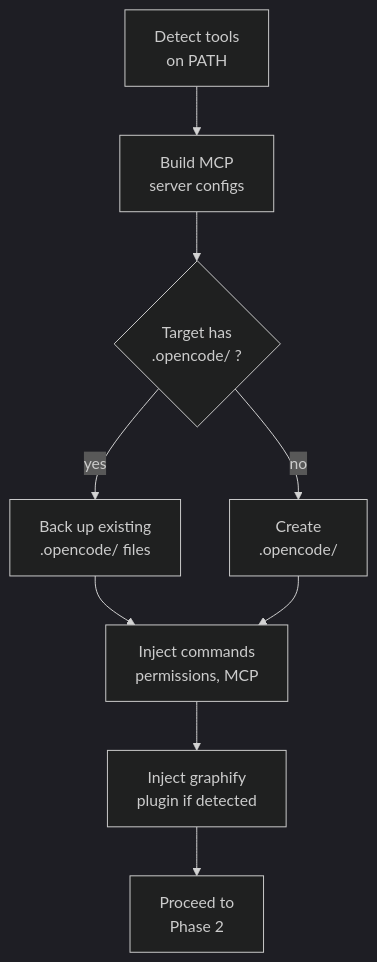
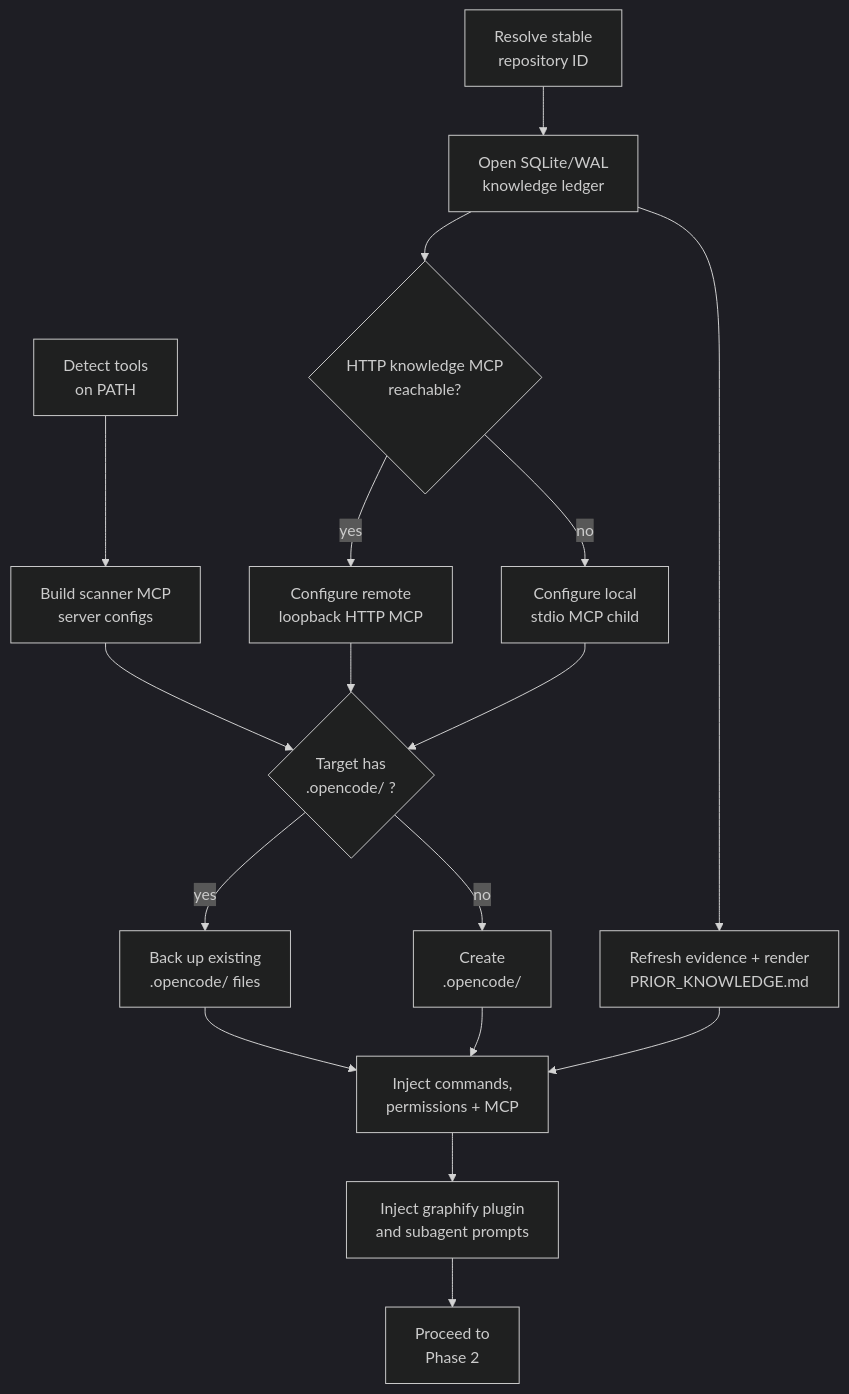
Before and after one commit to dominikmi/laser: the third of 8 diagrams in README.md, drawn with Mermaid. The commit also changed other lines of this file, not shown here.

First line of the commit message:
Document persistent knowledge architecture (#6)

````diff
--- a/README.md
+++ b/README.md
@@ -234,12 +249,20 @@
 ```mermaid
 %%{init: {"theme": "dark"}}%%
 flowchart TD
-    A["Detect tools<br/>on PATH"] --> B["Build MCP<br/>server configs"]
+    A["Detect tools<br/>on PATH"] --> B["Build scanner MCP<br/>server configs"]
+    ID["Resolve stable<br/>repository ID"] --> K["Open SQLite/WAL<br/>knowledge ledger"]
+    K --> P["Refresh evidence + render<br/>PRIOR_KNOWLEDGE.md"]
+    K --> M{"HTTP knowledge MCP<br/>reachable?"}
+    M -- yes --> MH["Configure remote<br/>loopback HTTP MCP"]
+    M -- no --> MS["Configure local<br/>stdio MCP child"]
     B --> C{"Target has<br/>.opencode/ ?"}
+    MH --> C
+    MS --> C
     C -- yes --> D["Back up existing<br/>.opencode/ files"]
     C -- no --> E["Create<br/>.opencode/"]
-    D --> F["Inject commands<br/>permissions, MCP"]
+    D --> F["Inject commands,<br/>permissions + MCP"]
     E --> F
-    F --> G["Inject graphify<br/>plugin if detected"]
+    P --> F
+    F --> G["Inject graphify plugin<br/>and subagent prompts"]
     G --> H["Proceed to<br/>Phase 2"]
 ```
````
